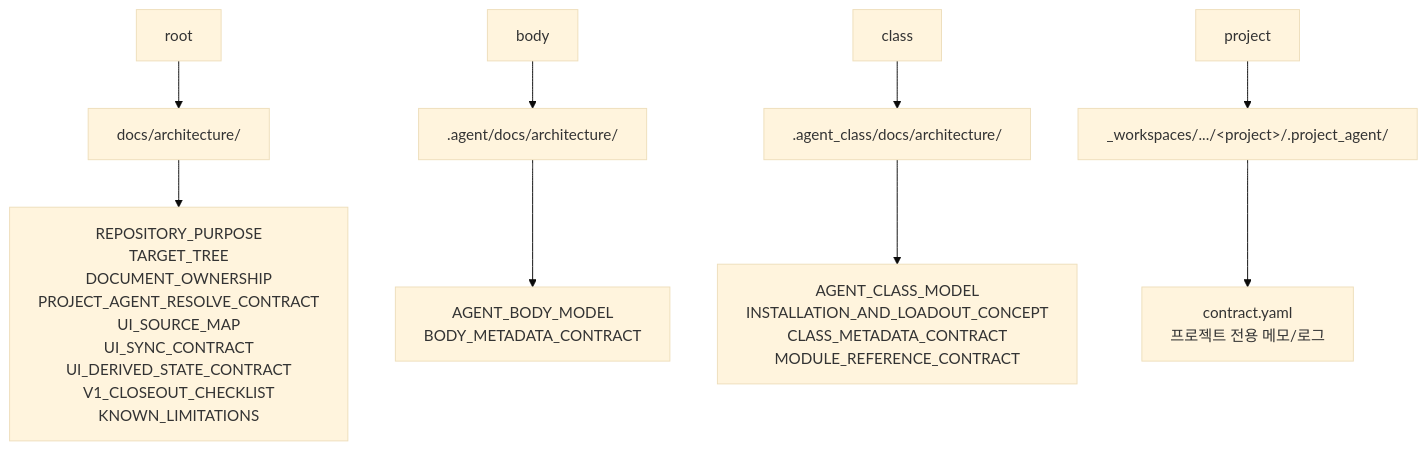
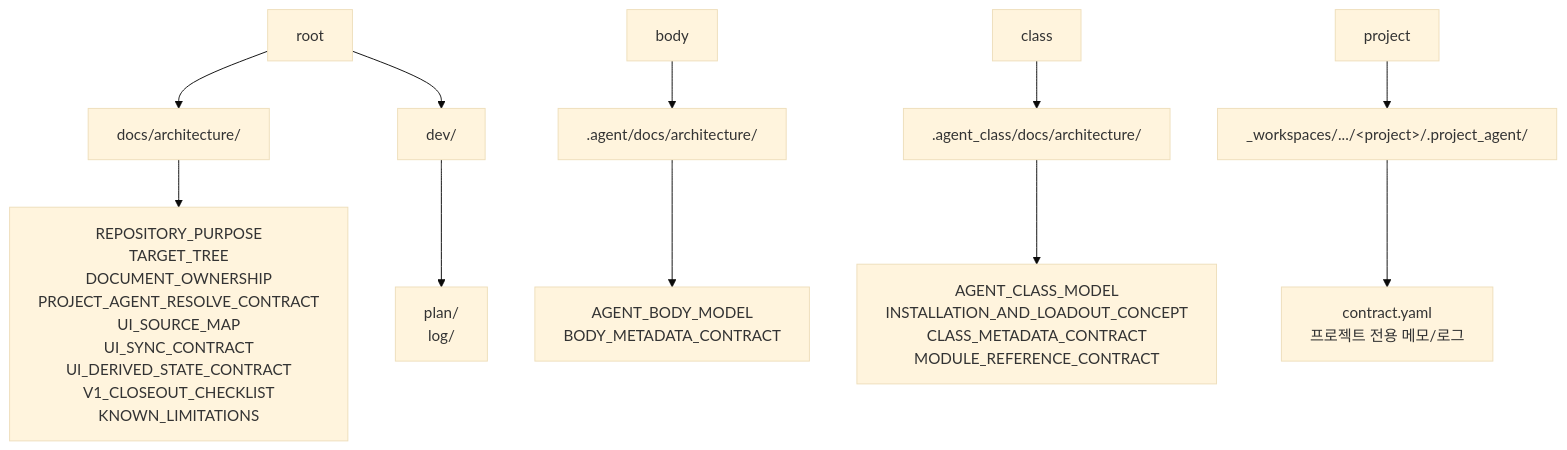
The diagram in docs/architecture/DOCUMENT_OWNERSHIP.md (SungYongMOON/soulforge), drawn with Mermaid (base theme) before and after one commit. The commit also changed other lines of this file and 26 other files, not shown here.

````diff
--- a/docs/architecture/DOCUMENT_OWNERSHIP.md
+++ b/docs/architecture/DOCUMENT_OWNERSHIP.md
@@ -9,11 +9,13 @@
 ```mermaid
 flowchart TD
   O1["root"] --> P1["docs/architecture/"]
+  O1 --> P5["dev/"]
   O2["body"] --> P2[".agent/docs/architecture/"]
   O3["class"] --> P3[".agent_class/docs/architecture/"]
   O4["project"] --> P4["_workspaces/.../&lt;project&gt;/.project_agent/"]
   P1 --> E1["REPOSITORY_PURPOSE<br/>TARGET_TREE<br/>DOCUMENT_OWNERSHIP<br/>PROJECT_AGENT_RESOLVE_CONTRACT<br/>UI_SOURCE_MAP<br/>UI_SYNC_CONTRACT<br/>UI_DERIVED_STATE_CONTRACT<br/>V1_CLOSEOUT_CHECKLIST<br/>KNOWN_LIMITATIONS"]
+  P5 --> E5["plan/<br/>log/"]
   P2 --> E2["AGENT_BODY_MODEL<br/>BODY_METADATA_CONTRACT"]
   P3 --> E3["AGENT_CLASS_MODEL<br/>INSTALLATION_AND_LOADOUT_CONCEPT<br/>CLASS_METADATA_CONTRACT<br/>MODULE_REFERENCE_CONTRACT"]
   P4 --> E4["contract.yaml<br/>프로젝트 전용 메모/로그"]
 ```
````
